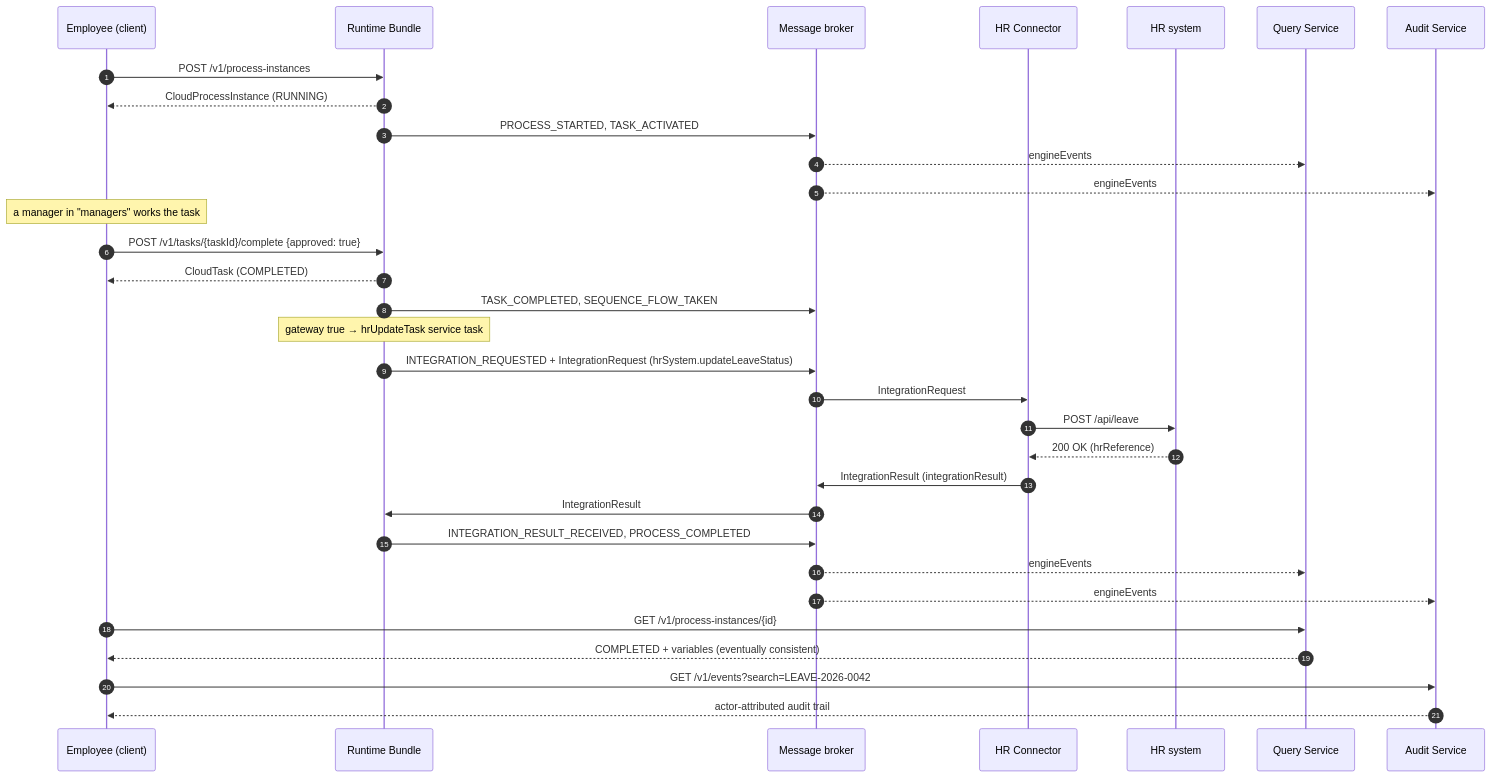
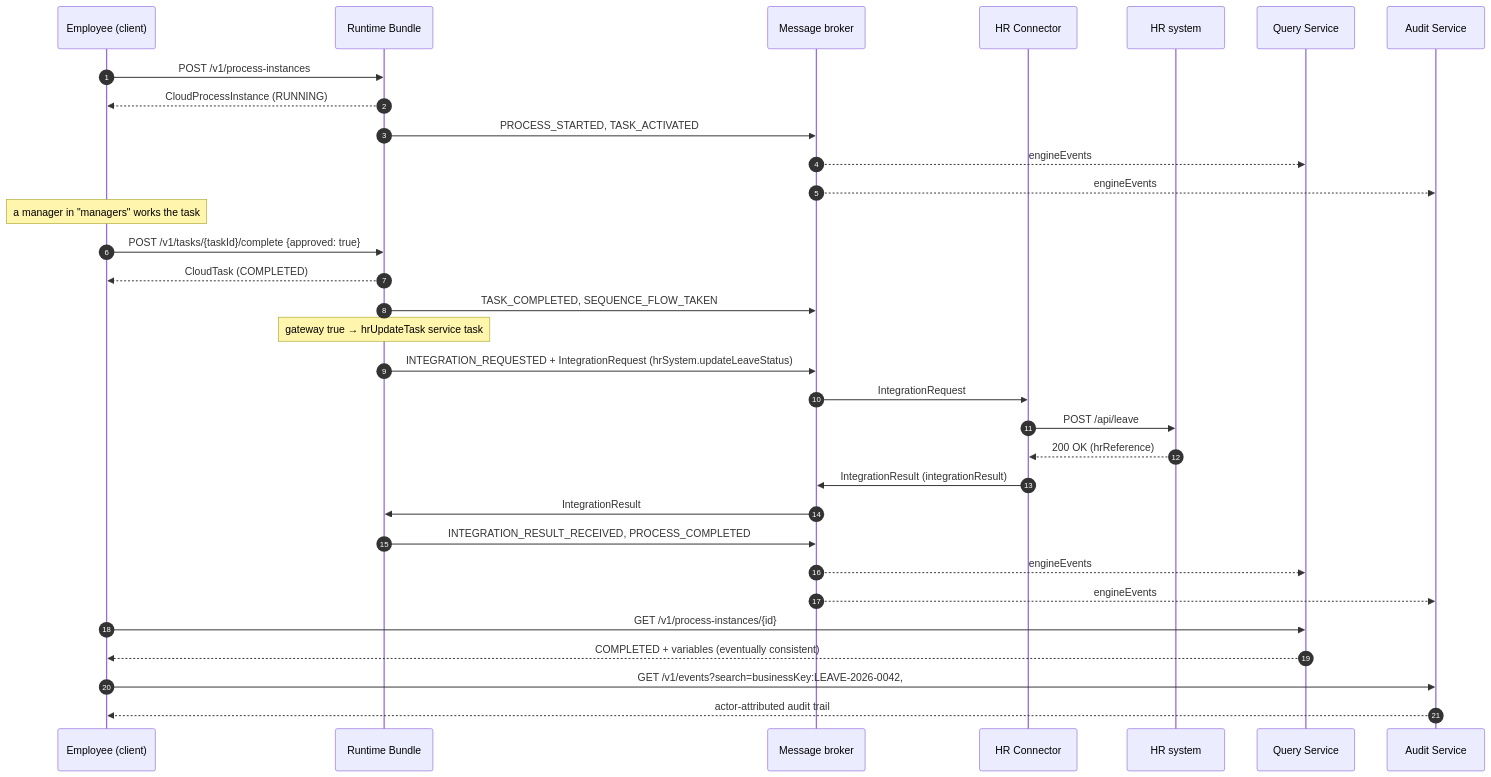
The second of 2 diagrams in docs/cloud/examples/end-to-end.md (CaptainGlac1er/activiti-documentation), drawn with Mermaid before and after one commit. The commit also changed other lines of this file and 18 other files, not shown here.

````diff
--- a/docs/cloud/examples/end-to-end.md
+++ b/docs/cloud/examples/end-to-end.md
@@ -509,38 +547,38 @@
 ```mermaid
 sequenceDiagram
     autonumber
     participant Emp as Employee (client)
     participant RB as Runtime Bundle
     participant Broker as Message broker
     participant C as HR Connector
     participant HR as HR system
     participant Q as Query Service
     participant A as Audit Service
 
     Emp->>RB: POST /v1/process-instances
     RB-->>Emp: CloudProcessInstance (RUNNING)
     RB->>Broker: PROCESS_STARTED, TASK_ACTIVATED
     Broker-->>Q: engineEvents
     Broker-->>A: engineEvents
 
     Note over Emp: a manager in "managers" works the task
     Emp->>RB: POST /v1/tasks/{taskId}/complete {approved: true}
     RB-->>Emp: CloudTask (COMPLETED)
     RB->>Broker: TASK_COMPLETED, SEQUENCE_FLOW_TAKEN
 
     Note over RB: gateway true → hrUpdateTask service task
     RB->>Broker: INTEGRATION_REQUESTED + IntegrationRequest (hrSystem.updateLeaveStatus)
     Broker->>C: IntegrationRequest
     C->>HR: POST /api/leave
     HR-->>C: 200 OK (hrReference)
     C->>Broker: IntegrationResult (integrationResult)
     Broker->>RB: IntegrationResult
     RB->>Broker: INTEGRATION_RESULT_RECEIVED, PROCESS_COMPLETED
     Broker-->>Q: engineEvents
     Broker-->>A: engineEvents
 
     Emp->>Q: GET /v1/process-instances/{id}
     Q-->>Emp: COMPLETED + variables (eventually consistent)
-    Emp->>A: GET /v1/events?search=LEAVE-2026-0042
+    Emp->>A: GET /v1/events?search=businessKey:LEAVE-2026-0042,
     A-->>Emp: actor-attributed audit trail
 ```
````
